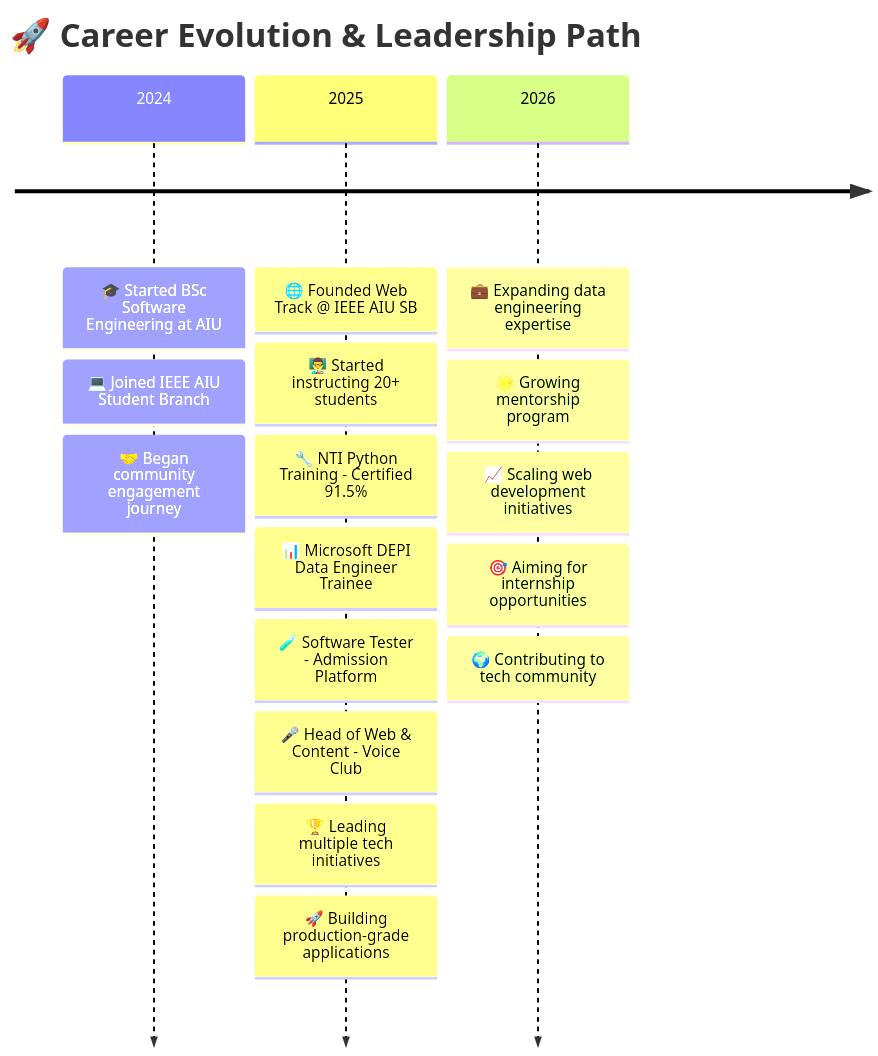
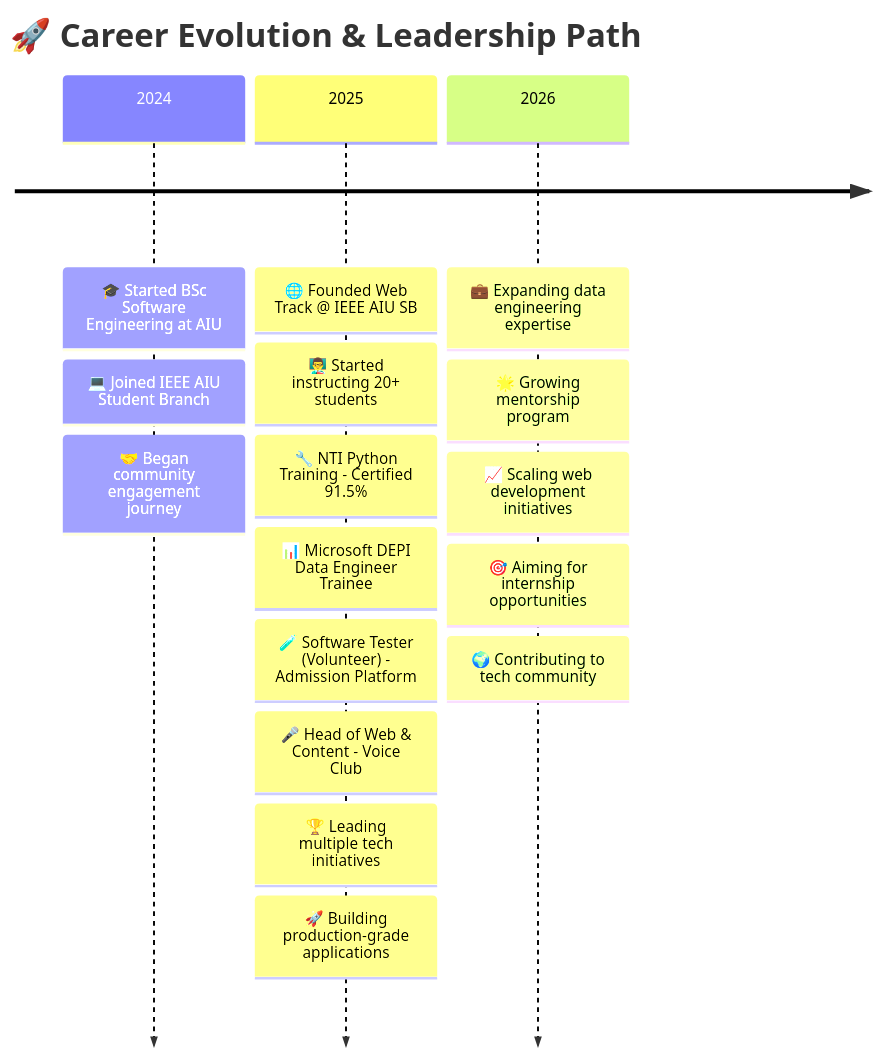
Before and after one commit to Omar-Alshaer/Omar-Alshaer: the diagram in README.md, drawn with Mermaid. The commit also changed other lines of this file, not shown here.

````diff
--- a/README.md
+++ b/README.md
@@ -559,23 +569,23 @@
 ```mermaid
 timeline
     title 🚀 Career Evolution & Leadership Path
 
     2024 : 🎓 Started BSc Software Engineering at AIU
          : 💻 Joined IEEE AIU Student Branch
          : 🤝 Began community engagement journey
 
     2025 : 🌐 Founded Web Track @ IEEE AIU SB
          : 👨‍🏫 Started instructing 20+ students
          : 🔧 NTI Python Training - Certified 91.5%
          : 📊 Microsoft DEPI Data Engineer Trainee
-         : 🧪 Software Tester - Admission Platform
+         : 🧪 Software Tester (Volunteer) - Admission Platform
          : 🎤 Head of Web & Content - Voice Club
          : 🏆 Leading multiple tech initiatives
          : 🚀 Building production-grade applications
 
     2026 : 💼 Expanding data engineering expertise
          : 🌟 Growing mentorship program
          : 📈 Scaling web development initiatives
          : 🎯 Aiming for internship opportunities
          : 🌍 Contributing to tech community
 ```
````
